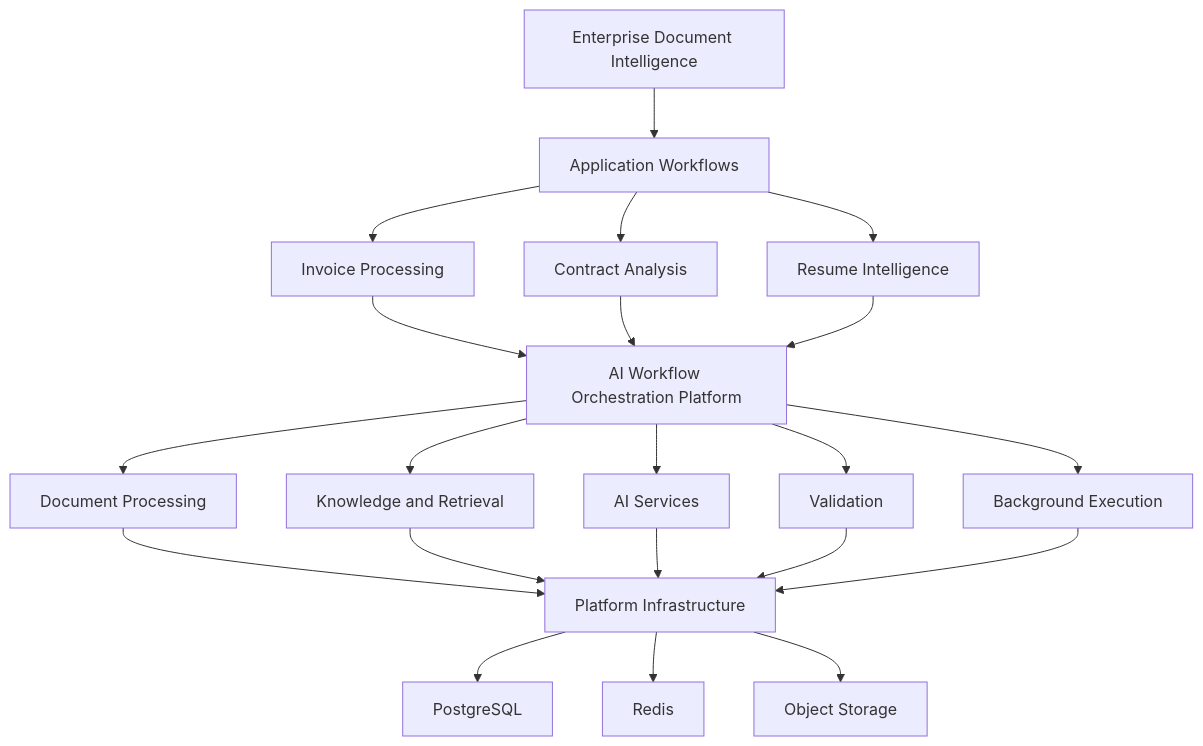
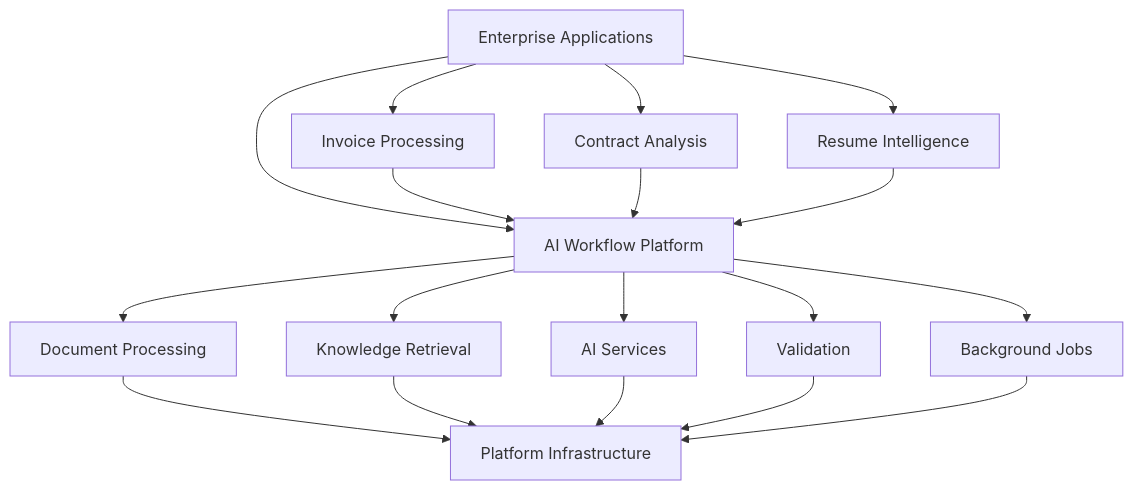
One commit to garimakumari44/enterprize_ai changed diagram 13 of 14 in README.md. Above: the diagram before and after it, drawn with Mermaid. The commit also changed other lines of this file, not shown here.

Commit message:
Update README with architecture and platform documentation

````diff
--- a/README.md
+++ b/README.md
@@ -590,28 +510,24 @@
 ```mermaid
-flowchart TB
-    A[Enterprise Document Intelligence] --> B[Application Workflows]
+flowchart TD
+    A[Enterprise Applications] --> B[AI Workflow Platform]
 
-    B --> C[Invoice Processing]
-    B --> D[Contract Analysis]
-    B --> E[Resume Intelligence]
+    A --> C[Invoice Processing]
+    A --> D[Contract Analysis]
+    A --> E[Resume Intelligence]
 
-    C --> F[AI Workflow Orchestration Platform]
-    D --> F
-    E --> F
+    C --> B
+    D --> B
+    E --> B
 
-    F --> G[Document Processing]
-    F --> H[Knowledge and Retrieval]
-    F --> I[AI Services]
-    F --> J[Validation]
-    F --> K[Background Execution]
+    B --> F[Document Processing]
+    B --> G[Knowledge Retrieval]
+    B --> H[AI Services]
+    B --> I[Validation]
+    B --> J[Background Jobs]
 
-    G --> L[Platform Infrastructure]
-    H --> L
-    I --> L
-    J --> L
-    K --> L
-
-    L --> M[PostgreSQL]
-    L --> N[Redis]
-    L --> O[Object Storage]
+    F --> K[Platform Infrastructure]
+    G --> K
+    H --> K
+    I --> K
+    J --> K
 ```
````
